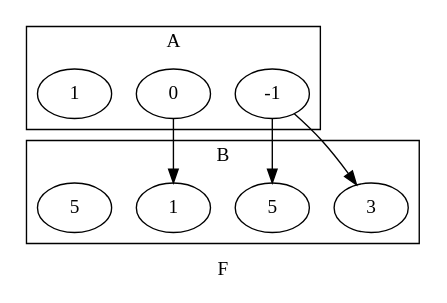
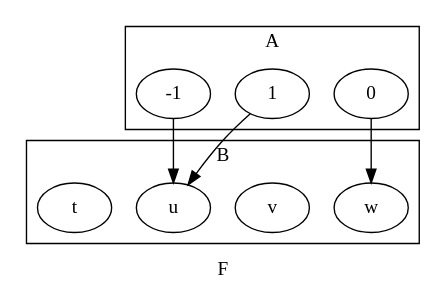
The fifth of 5 diagrams in CSDS 302 - Discrete Math/HW/1.md (tnichols217/notes), drawn with Graphviz before and after one commit. The commit also changed other lines of this file, not shown here.

Commit message:
vault backup: 2024-01-26 18:23:57

````diff
--- a/CSDS 302 - Discrete Math/HW/1.md
+++ b/CSDS 302 - Discrete Math/HW/1.md
@@ -237,23 +237,23 @@
 ```dot
 digraph {
 	label=F
 	subgraph {
 		label=A
 		cluster=true
+		c [label=1]
+		b [label=0]
 		a [label=-1]
-		b [label=0]
-		c [label=1]
 	}
 	subgraph {
 		label=B
 		cluster=true
-		A [label=1]
-		B [label=3]
-		C [label=5]
-		D [label=5]
+		D [label=w]
+		C [label=v]
+		B [label=u]
+		A [label=t]
 	}
-	a->C
-	b->A
 	a->B
+	b->D
+	c->B
 }
 ```
````
